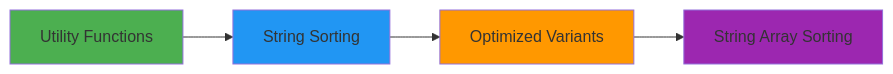
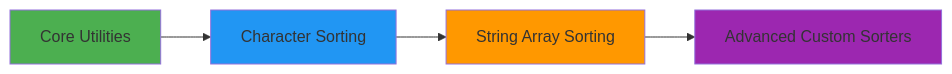
One commit to Itachi-Logic/c-challenges-solved changed the diagram in string_sorting_algorithm/README.md. Above: the diagram before and after it, drawn with Mermaid. The commit also changed other lines of this file and 2 other files, not shown here.

````diff
--- a/string_sorting_algorithm/README.md
+++ b/string_sorting_algorithm/README.md
@@ -29,10 +29,10 @@
 ```mermaid
 graph LR
-    A[Utility Functions] --> B[String Sorting]
-    B --> C[Optimized Variants]
-    C --> D[String Array Sorting]
+    A[Core Utilities] --> B[Character Sorting]
+    B --> C[String Array Sorting]
+    C --> D[Advanced Custom Sorters]
     style A fill:#4CAF50
     style B fill:#2196F3
     style C fill:#FF9800
     style D fill:#9C27B0
 ```
````
